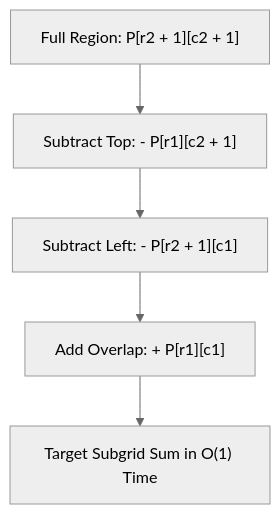
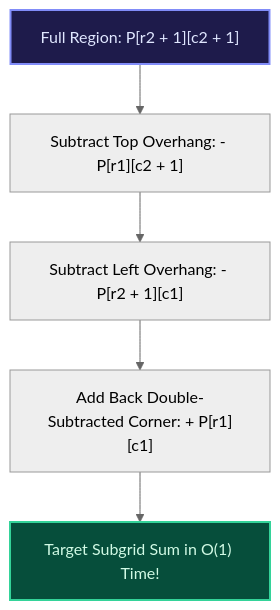
Diagram 15 of 15 in content/docs/dsa/01-foundations-and-linear-structures/02-arrays-and-dynamic-arrays.mdx (1345AbhishekKumar/cs-cookbook), drawn with Mermaid (neutral theme) before and after one commit. The commit also changed other lines of this file and 211 other files, not shown here.

````diff
--- a/content/docs/dsa/01-foundations-and-linear-structures/02-arrays-and-dynamic-arrays.mdx
+++ b/content/docs/dsa/01-foundations-and-linear-structures/02-arrays-and-dynamic-arrays.mdx
@@ -464,7 +1167,10 @@
 ```mermaid
 flowchart TD
-    Total["Full Region: P[r2 + 1][c2 + 1]"] --> SubTop["Subtract Top: - P[r1][c2 + 1]"]
-    SubTop --> SubLeft["Subtract Left: - P[r2 + 1][c1]"]
-    SubLeft --> AddOverlap["Add Overlap: + P[r1][c1]"]
-    AddOverlap --> SubgridSum["Target Subgrid Sum in O(1) Time"]
+    Total["Full Region: P[r2 + 1][c2 + 1]"] --> SubTop["Subtract Top Overhang: - P[r1][c2 + 1]"]
+    SubTop --> SubLeft["Subtract Left Overhang: - P[r2 + 1][c1]"]
+    SubLeft --> AddOverlap["Add Back Double-Subtracted Corner: + P[r1][c1]"]
+    AddOverlap --> SubgridSum["Target Subgrid Sum in O(1) Time!"]
+
+    style Total fill:#1e1b4b,stroke:#818cf8,stroke-width:2px,color:#e0e7ff
+    style SubgridSum fill:#064e3b,stroke:#34d399,stroke-width:2px,color:#d1fae5
 ```
````
